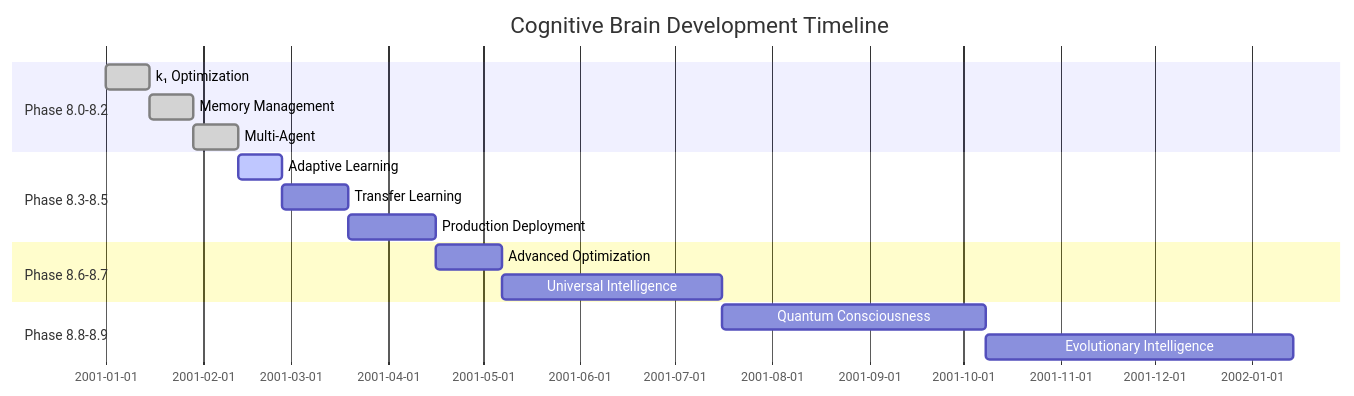
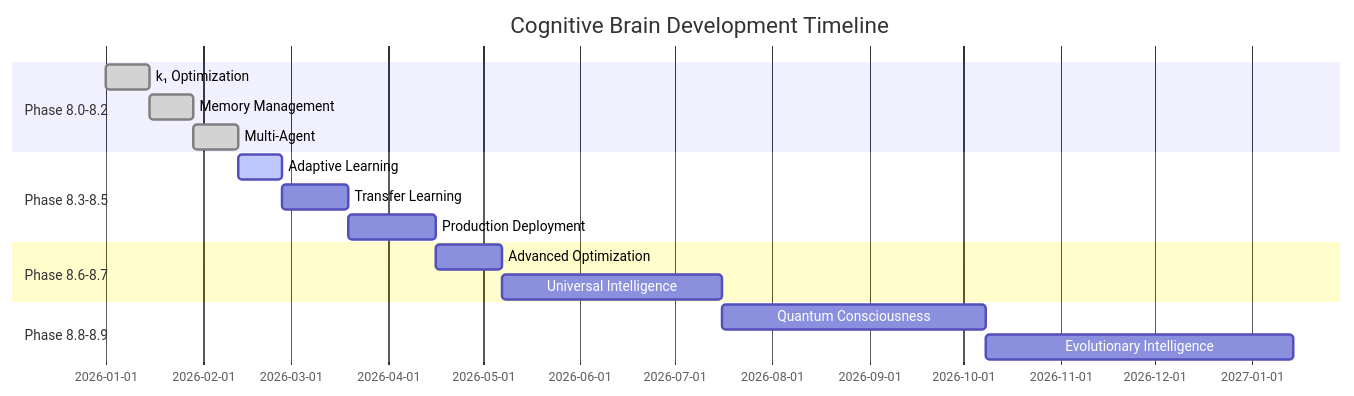
Before and after one commit to Aries-Serpent/_codex_: diagram 16 of 17 in .github/agents/COGNITIVE_BRAIN_ARCHITECTURE_DIAGRAMS.md, drawn with Mermaid. The commit also changed other lines of this file and 1122 other files, not shown here.

````diff
--- a/.github/agents/COGNITIVE_BRAIN_ARCHITECTURE_DIAGRAMS.md
+++ b/.github/agents/COGNITIVE_BRAIN_ARCHITECTURE_DIAGRAMS.md
@@ -916,22 +916,22 @@
 ```mermaid
 gantt
     title Cognitive Brain Development Timeline
     dateFormat YYYY-MM-DD
     section Phase 8.0-8.2
-    k₁ Optimization           :done, p80, Current Cycle-01-01, 14d
+    k₁ Optimization           :done, p80, 2026-01-01, 14d
     Memory Management         :done, p81, after p80, 14d
     Multi-Agent               :done, p82, after p81, 14d
     
     section Phase 8.3-8.5
     Adaptive Learning         :active, p83, after p82, 14d
     Transfer Learning         :p84, after p83, 21d
     Production Deployment     :p85, after p84, 28d
     
     section Phase 8.6-8.7
     Advanced Optimization     :p86, after p85, 21d
     Universal Intelligence    :p87, after p86, 70d
     
     section Phase 8.8-8.9
     Quantum Consciousness     :p88, after p87, 84d
     Evolutionary Intelligence :p89, after p88, 98d
 ```
````
